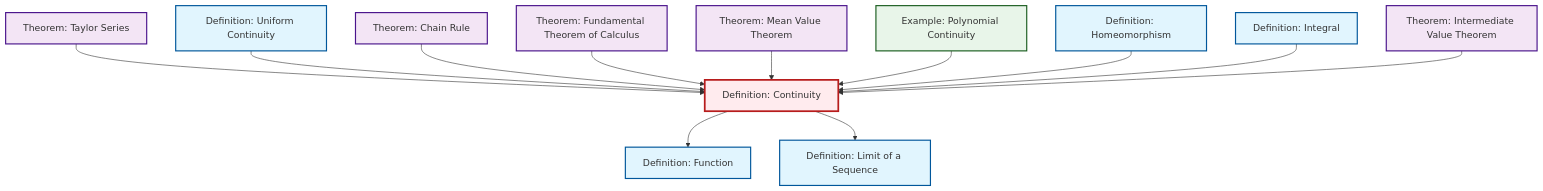
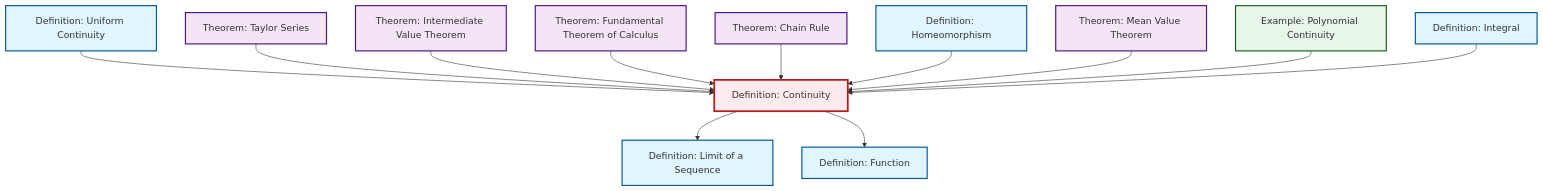
One commit to RK0429/ModernMath changed the diagram in content/en/analysis/def-continuity.qmd. Above: the diagram before and after it, drawn with Mermaid. The commit also changed other lines of this file and 654 other files, not shown here.

````diff
--- a/content/en/analysis/def-continuity.qmd
+++ b/content/en/analysis/def-continuity.qmd
@@ -58,44 +61,44 @@
 ```{mermaid}
 %%| fig-cap: "Local dependency graph"
 graph TD
     classDef definition fill:#e1f5fe,stroke:#01579b,stroke-width:2px
     classDef theorem fill:#f3e5f5,stroke:#4a148c,stroke-width:2px
     classDef axiom fill:#fff3e0,stroke:#e65100,stroke-width:2px
     classDef example fill:#e8f5e9,stroke:#1b5e20,stroke-width:2px
     classDef current fill:#ffebee,stroke:#b71c1c,stroke-width:3px
-    thm-chain-rule["Theorem: Chain Rule"]:::theorem
     ex-polynomial-continuity["Example: Polynomial Continuity"]:::example
-    def-homeomorphism["Definition: Homeomorphism"]:::definition
-    thm-mean-value["Theorem: Mean Value Theorem"]:::theorem
     def-continuity["Definition: Continuity"]:::definition
-    def-function["Definition: Function"]:::definition
-    def-integral["Definition: Integral"]:::definition
-    def-uniform-continuity["Definition: Uniform Continuity"]:::definition
-    def-limit["Definition: Limit of a Sequence"]:::definition
     thm-intermediate-value["Theorem: Intermediate Value Theorem"]:::theorem
     thm-taylor-series["Theorem: Taylor Series"]:::theorem
+    def-homeomorphism["Definition: Homeomorphism"]:::definition
     thm-fundamental-calculus["Theorem: Fundamental Theorem of Calculus"]:::theorem
-    def-continuity --> def-function
+    def-function["Definition: Function"]:::definition
+    def-limit["Definition: Limit of a Sequence"]:::definition
+    thm-mean-value["Theorem: Mean Value Theorem"]:::theorem
+    def-uniform-continuity["Definition: Uniform Continuity"]:::definition
+    def-integral["Definition: Integral"]:::definition
+    thm-chain-rule["Theorem: Chain Rule"]:::theorem
+    def-uniform-continuity --> def-continuity
     thm-taylor-series --> def-continuity
-    def-uniform-continuity --> def-continuity
+    thm-intermediate-value --> def-continuity
+    def-continuity --> def-limit
+    thm-fundamental-calculus --> def-continuity
     thm-chain-rule --> def-continuity
-    thm-fundamental-calculus --> def-continuity
-    def-continuity --> def-limit
+    def-homeomorphism --> def-continuity
     thm-mean-value --> def-continuity
     ex-polynomial-continuity --> def-continuity
-    def-homeomorphism --> def-continuity
     def-integral --> def-continuity
-    thm-intermediate-value --> def-continuity
+    def-continuity --> def-function
     class def-continuity current
-    click thm-chain-rule "thm-chain-rule.html" "Go to Chain Rule theorem"
     click ex-polynomial-continuity "ex-polynomial-continuity.html" "Go to Polynomial Continuity example"
-    click def-homeomorphism "def-homeomorphism.html" "Go to Homeomorphism definition"
-    click thm-mean-value "thm-mean-value.html" "Go to Mean Value Theorem theorem"
-    click def-function "def-function.html" "Go to Function definition"
-    click def-integral "def-integral.html" "Go to Integral definition"
-    click def-uniform-continuity "def-uniform-continuity.html" "Go to Uniform Continuity definition"
-    click def-limit "def-limit.html" "Go to Limit of a Sequence definition"
     click thm-intermediate-value "thm-intermediate-value.html" "Go to Intermediate Value Theorem theorem"
     click thm-taylor-series "thm-taylor-series.html" "Go to Taylor Series theorem"
+    click def-homeomorphism "def-homeomorphism.html" "Go to Homeomorphism definition"
     click thm-fundamental-calculus "thm-fundamental-calculus.html" "Go to Fundamental Theorem of Calculus theorem"
+    click def-function "def-function.html" "Go to Function definition"
+    click def-limit "def-limit.html" "Go to Limit of a Sequence definition"
+    click thm-mean-value "thm-mean-value.html" "Go to Mean Value Theorem theorem"
+    click def-uniform-continuity "def-uniform-continuity.html" "Go to Uniform Continuity definition"
+    click def-integral "def-integral.html" "Go to Integral definition"
+    click thm-chain-rule "thm-chain-rule.html" "Go to Chain Rule theorem"
 ```
````
